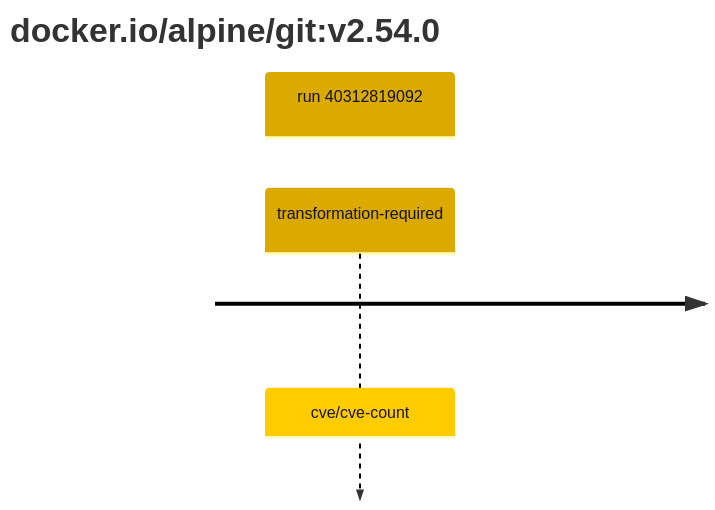
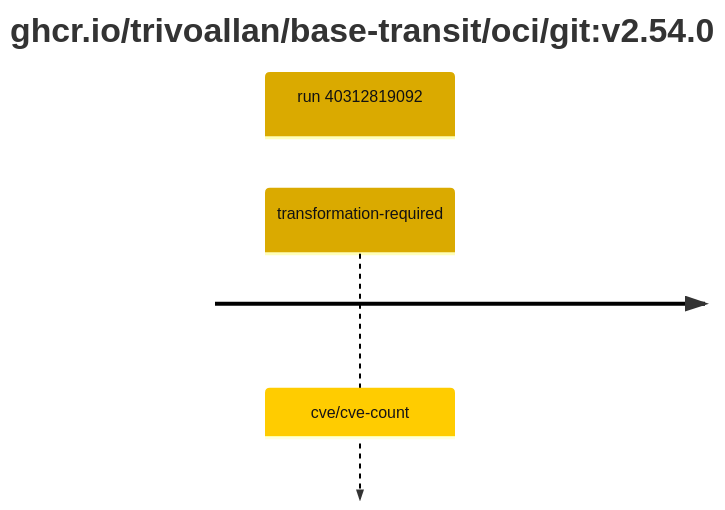
Before and after one commit to trivoallan/base-images: the second of 2 diagrams in results/reports/git-2/sha256:e8ceedc73bd80992ae8d58a7d24c58b8322146c354f1d2e81a97db4452068ec0/40312819092-1.md, drawn with Mermaid. The commit also changed other lines of this file and 3 other files, not shown here.

````diff
--- a/results/reports/git-2/sha256:e8ceedc73bd80992ae8d58a7d24c58b8322146c354f1d2e81a97db4452068ec0/40312819092-1.md
+++ b/results/reports/git-2/sha256:e8ceedc73bd80992ae8d58a7d24c58b8322146c354f1d2e81a97db4452068ec0/40312819092-1.md
@@ -5,7 +24,7 @@
 ```mermaid
 %%{init: {"theme": "default", "themeVariables": {"cScale0": "#daaa00", "cScaleLabel0": "#121212"}}}%%
 timeline
-    title docker.io/alpine/git#58;v2.54.0
+    title ghcr.io/trivoallan/base-transit/oci/git#58;v2.54.0
     section run 40312819092
         transformation-required : cve/cve-count
 ```
````
